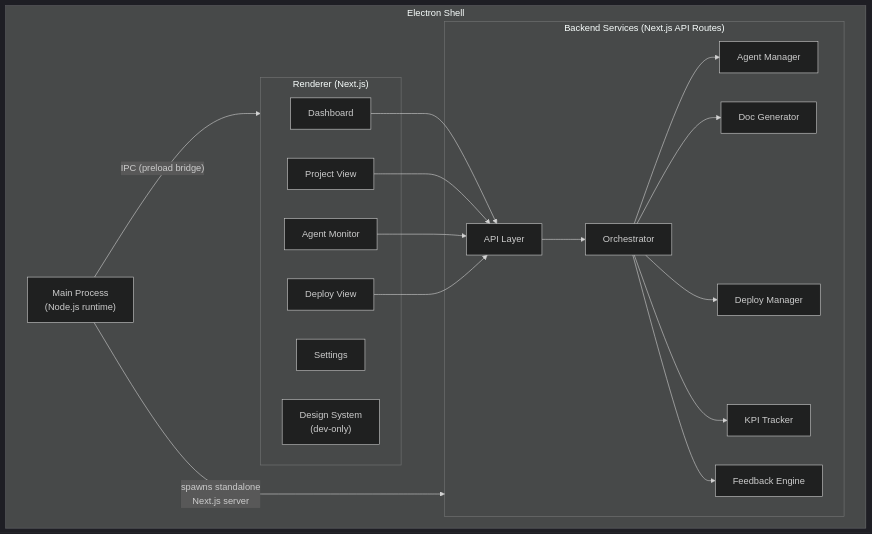
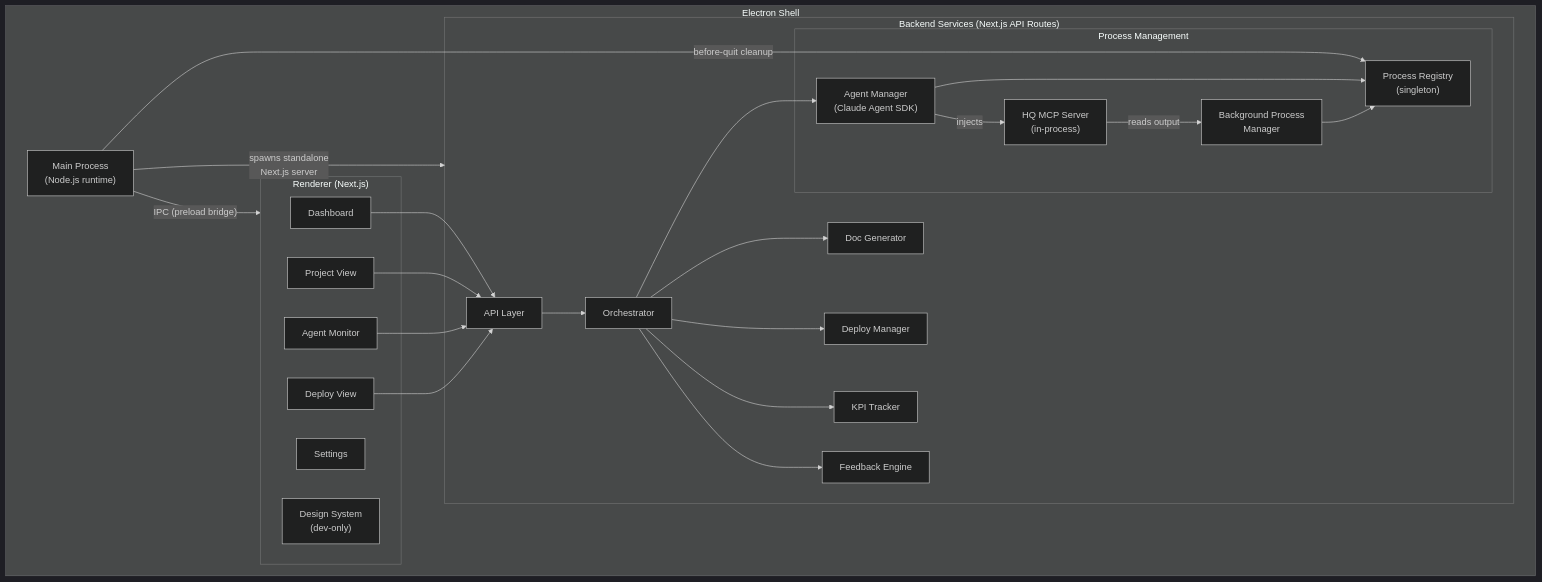
One commit to operator-auteng-ai/hq changed the second of 4 diagrams in docs/ARCH.md. Above: the diagram before and after it, drawn with Mermaid (dark theme). The commit also changed other lines of this file and 3 other files, not shown here.

First line of the commit message:
docs: add agent orchestration architecture and detailed Phase 1+2 plan

````diff
--- a/docs/ARCH.md
+++ b/docs/ARCH.md
@@ -40,36 +40,46 @@
 ```mermaid
 graph TB
     subgraph Electron["Electron Shell"]
         Main["Main Process<br/>(Node.js runtime)"]
         subgraph Renderer["Renderer (Next.js)"]
             Dashboard["Dashboard"]
             ProjectView["Project View"]
             AgentMonitor["Agent Monitor"]
             DeployView["Deploy View"]
             Settings["Settings"]
             DesignSystem["Design System<br/>(dev-only)"]
         end
         subgraph Backend["Backend Services (Next.js API Routes)"]
             API["API Layer"]
             Orchestrator["Orchestrator"]
-            AgentManager["Agent Manager"]
+            subgraph ProcessLayer["Process Management"]
+                ProcessRegistry["Process Registry<br/>(singleton)"]
+                AgentManager["Agent Manager<br/>(Claude Agent SDK)"]
+                BgProcessManager["Background Process<br/>Manager"]
+                HqMcp["HQ MCP Server<br/>(in-process)"]
+            end
             DocGenerator["Doc Generator"]
             DeployManager["Deploy Manager"]
             KPITracker["KPI Tracker"]
             FeedbackEngine["Feedback Engine"]
         end
     end
 
     Main -->|"IPC (preload bridge)"| Renderer
     Main -->|"spawns standalone<br/>Next.js server"| Backend
+    Main -->|"before-quit cleanup"| ProcessRegistry
     Dashboard --> API
     ProjectView --> API
     AgentMonitor --> API
     DeployView --> API
     API --> Orchestrator
     Orchestrator --> AgentManager
     Orchestrator --> DocGenerator
     Orchestrator --> DeployManager
     Orchestrator --> KPITracker
     Orchestrator --> FeedbackEngine
+    AgentManager --> ProcessRegistry
+    BgProcessManager --> ProcessRegistry
+    AgentManager -->|"injects"| HqMcp
+    HqMcp -->|"reads output"| BgProcessManager
 ```
````
